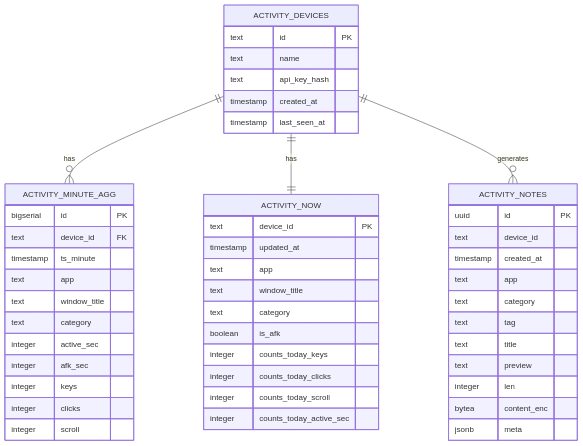
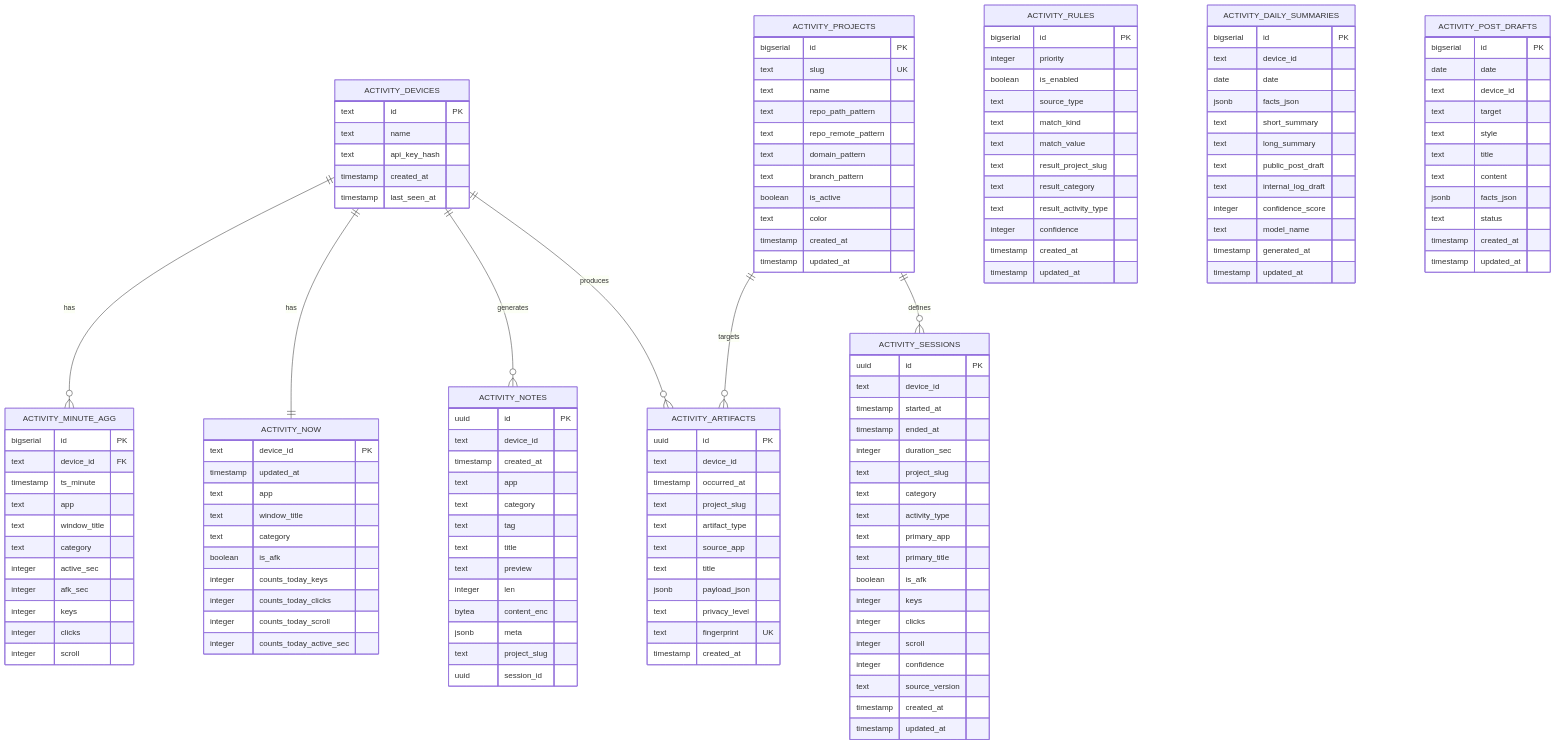
Before and after one commit to WizardJIOCb/rodion.pro: the second of 14 diagrams in .qoder/repowiki/en/content/Core Features/Activity Monitoring System.md, drawn with Mermaid. The commit also changed other lines of this file and 20 other files, not shown here.

````diff
--- a/.qoder/repowiki/en/content/Core Features/Activity Monitoring System.md
+++ b/.qoder/repowiki/en/content/Core Features/Activity Monitoring System.md
@@ -152,8 +182,100 @@
 integer len
 bytea content_enc
 jsonb meta
+text project_slug
+uuid session_id
+}
+ACTIVITY_PROJECTS {
+bigserial id PK
+text slug UK
+text name
+text repo_path_pattern
+text repo_remote_pattern
+text domain_pattern
+text branch_pattern
+boolean is_active
+text color
+timestamp created_at
+timestamp updated_at
+}
+ACTIVITY_RULES {
+bigserial id PK
+integer priority
+boolean is_enabled
+text source_type
+text match_kind
+text match_value
+text result_project_slug
+text result_category
+text result_activity_type
+integer confidence
+timestamp created_at
+timestamp updated_at
+}
+ACTIVITY_ARTIFACTS {
+uuid id PK
+text device_id
+timestamp occurred_at
+text project_slug
+text artifact_type
+text source_app
+text title
+jsonb payload_json
+text privacy_level
+text fingerprint UK
+timestamp created_at
+}
+ACTIVITY_SESSIONS {
+uuid id PK
+text device_id
+timestamp started_at
+timestamp ended_at
+integer duration_sec
+text project_slug
+text category
+text activity_type
+text primary_app
+text primary_title
+boolean is_afk
+integer keys
+integer clicks
+integer scroll
+integer confidence
+text source_version
+timestamp created_at
+timestamp updated_at
+}
+ACTIVITY_DAILY_SUMMARIES {
+bigserial id PK
+text device_id
+date date
+jsonb facts_json
+text short_summary
+text long_summary
+text public_post_draft
+text internal_log_draft
+integer confidence_score
+text model_name
+timestamp generated_at
+timestamp updated_at
+}
+ACTIVITY_POST_DRAFTS {
+bigserial id PK
+date date
+text device_id
+text target
+text style
+text title
+text content
+jsonb facts_json
+text status
+timestamp created_at
+timestamp updated_at
 }
 ACTIVITY_DEVICES ||--o{ ACTIVITY_MINUTE_AGG : "has"
 ACTIVITY_DEVICES ||--|| ACTIVITY_NOW : "has"
 ACTIVITY_DEVICES ||--o{ ACTIVITY_NOTES : "generates"
+ACTIVITY_DEVICES ||--o{ ACTIVITY_ARTIFACTS : "produces"
+ACTIVITY_PROJECTS ||--o{ ACTIVITY_ARTIFACTS : "targets"
+ACTIVITY_PROJECTS ||--o{ ACTIVITY_SESSIONS : "defines"
 ```
````
